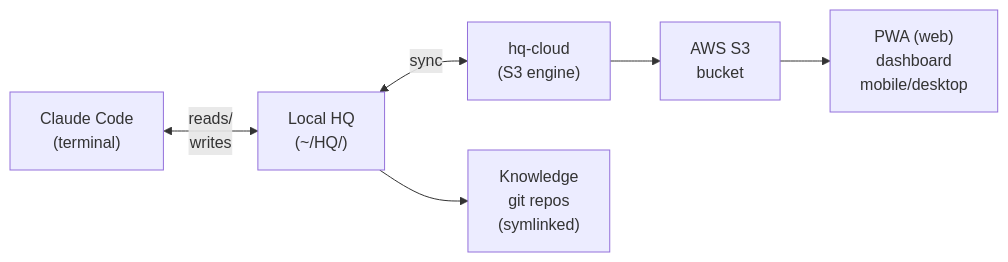
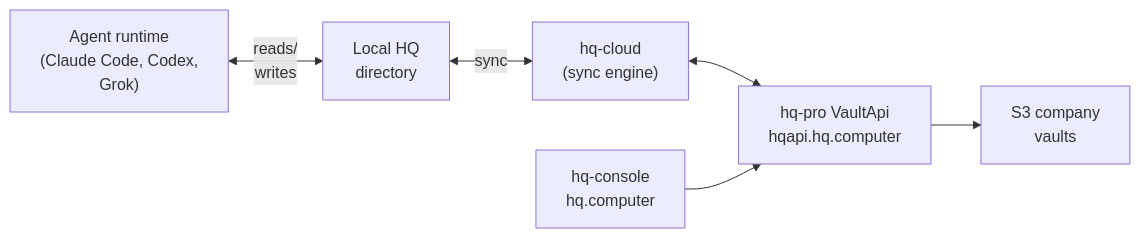
Before and after one commit to indigoai-us/indigo-docs: the second of 5 diagrams in src/content/docs/hq/architecture/1-overview.mdx, drawn with Mermaid. The commit also changed other lines of this file and 92 other files, not shown here.

````diff
--- a/src/content/docs/hq/architecture/1-overview.mdx
+++ b/src/content/docs/hq/architecture/1-overview.mdx
@@ -34,8 +36,8 @@
 ```mermaid
 graph LR
-    claude["Claude Code<br/>(terminal)"] <-->|"reads/<br/>writes"| local["Local HQ<br/>(~/HQ/)"]
-    local <-->|sync| cloud["hq-cloud<br/>(S3 engine)"]
-    local --> knowledge["Knowledge<br/>git repos<br/>(symlinked)"]
-    cloud --> s3["AWS S3<br/>bucket"]
-    s3 --> pwa["PWA (web)<br/>dashboard<br/>mobile/desktop"]
+    agent["Agent runtime<br/>(Claude Code, Codex,<br/>Grok)"] <-->|"reads/<br/>writes"| local["Local HQ<br/>directory"]
+    local <-->|sync| cloud["hq-cloud<br/>(sync engine)"]
+    cloud <--> api["hq-pro VaultApi<br/>hqapi.hq.computer"]
+    api --> s3["S3 company<br/>vaults"]
+    console["hq-console<br/>hq.computer"] --> api
 ```
````
